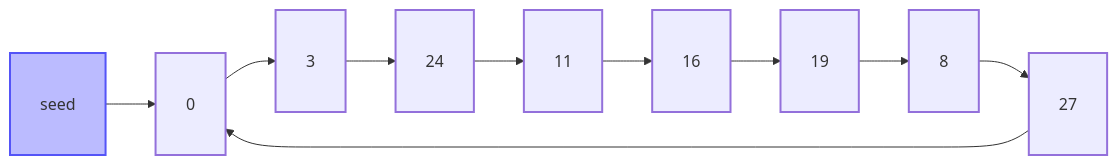
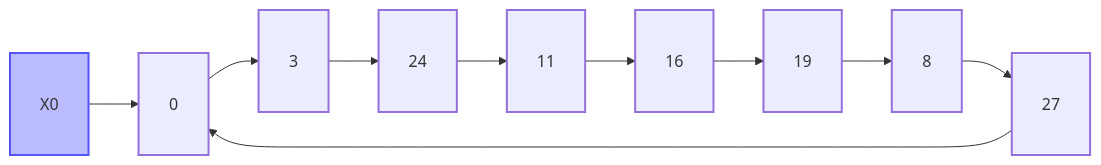
The diagram in prng/slides.md (dezitter/lunch-and-learn), drawn with Mermaid before and after one commit. The commit also changed other lines of this file and 6 other files, not shown here.

````diff
--- a/prng/slides.md
+++ b/prng/slides.md
@@ -122,9 +132,9 @@
 ```mermaid
 flowchart LR
-    seed --> 0;
+    X0 --> 0;
     0 --> 3 --> 24 --> 11;
     11 --> 16 --> 19 --> 8 --> 27;
     27 --> 0;
-    style seed fill:#bbf,stroke:#5454f7;
+    style X0 fill:#bbf,stroke:#5454f7;
     classDef default padding:10px,stroke-width:2px;
 ```
````
